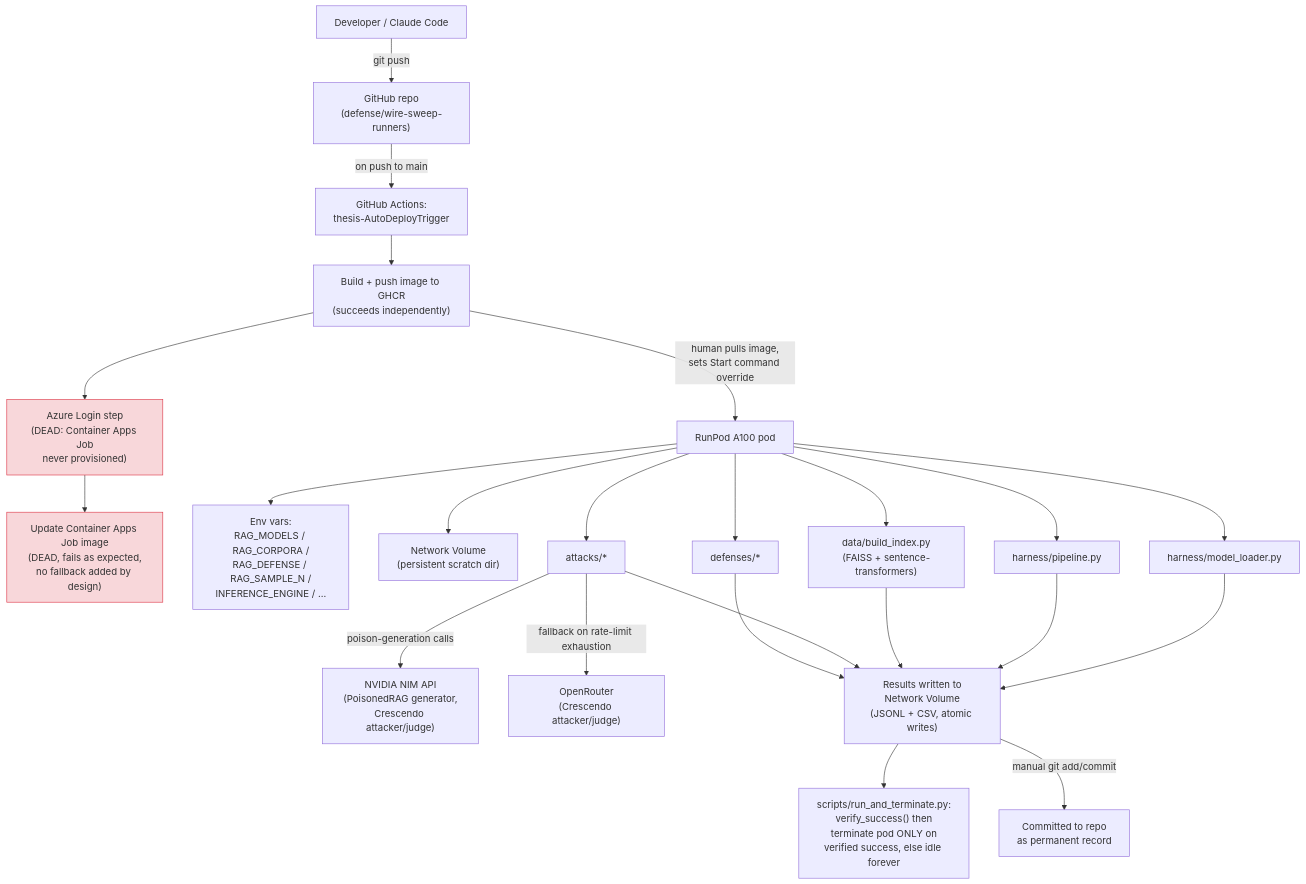
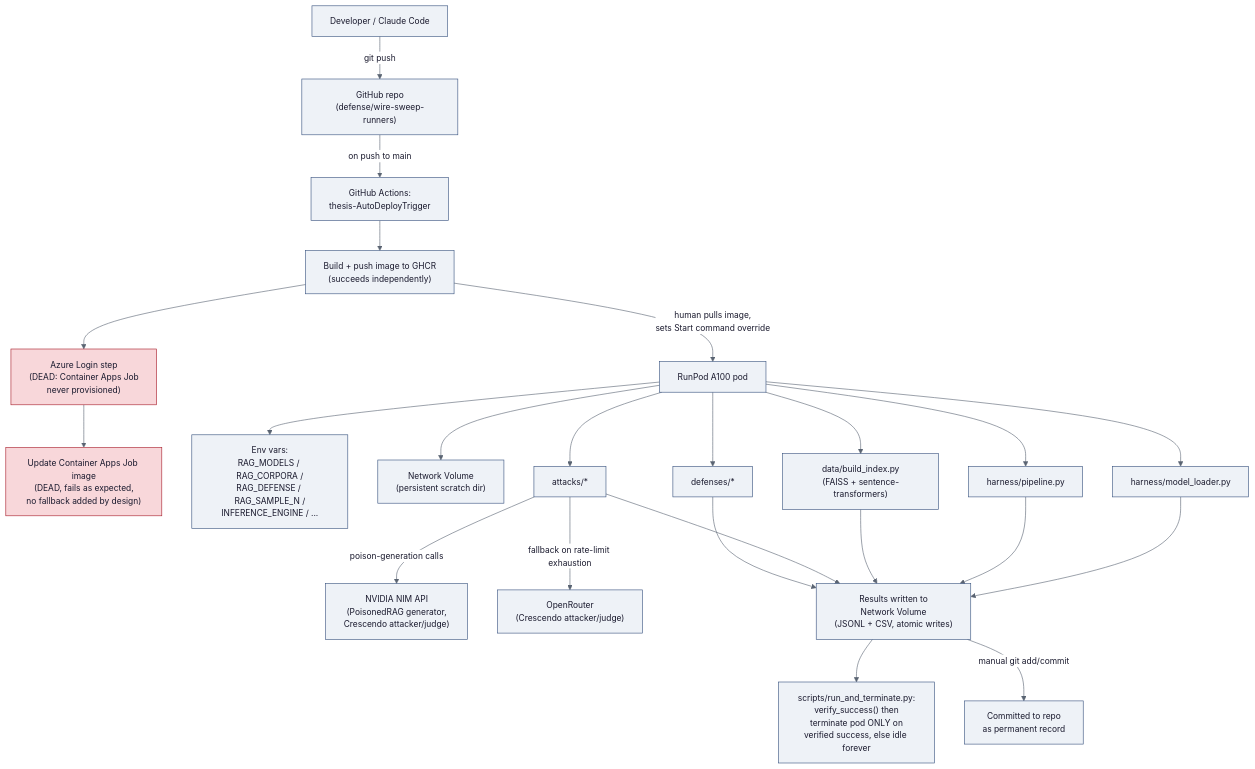
Before and after one commit to Simarjit1303/rag-adversarial-robustness: the second of 11 diagrams in docs/THESIS_ARCHITECTURE.md, drawn with Mermaid. The commit also changed other lines of this file, not shown here.

First line of the commit message:
Add explicit dark-mode-safe colors to all 11 THESIS_ARCHITECTURE.md diagrams

````diff
--- a/docs/THESIS_ARCHITECTURE.md
+++ b/docs/THESIS_ARCHITECTURE.md
@@ -78,33 +79,34 @@
 ```mermaid
+%%{init: {'theme':'base','themeVariables':{'primaryColor':'#eef2f7','primaryTextColor':'#1a1a2e','primaryBorderColor':'#37517e','lineColor':'#5a6472','secondaryColor':'#eef2f7','secondaryTextColor':'#1a1a2e','secondaryBorderColor':'#37517e','tertiaryColor':'#eef2f7','tertiaryTextColor':'#1a1a2e','tertiaryBorderColor':'#37517e','edgeLabelBackground':'#ffffff','clusterBkg':'#eef2f7','clusterBorder':'#37517e','titleColor':'#1a1a2e','textColor':'#1a1a2e','fontSize':'14px'}}}%%
 flowchart TD
     DEV["Developer / Claude Code"] -->|"git push"| REPO["GitHub repo<br/>(defense/wire-sweep-runners)"]
     REPO -->|"on push to main"| CI["GitHub Actions:<br/>thesis-AutoDeployTrigger"]
     CI --> BUILD["Build + push image to GHCR<br/>(succeeds independently)"]
     BUILD --> AZLOGIN["Azure Login step<br/>(DEAD: Container Apps Job<br/>never provisioned)"]
     AZLOGIN --> AZUPDATE["Update Container Apps Job image<br/>(DEAD, fails as expected,<br/>no fallback added by design)"]
 
     BUILD -->|"human pulls image,<br/>sets Start command override"| POD["RunPod A100 pod"]
     POD --> ENVVARS["Env vars:<br/>RAG_MODELS / RAG_CORPORA /<br/>RAG_DEFENSE / RAG_SAMPLE_N /<br/>INFERENCE_ENGINE / ..."]
     POD --> VOL["Network Volume<br/>(persistent scratch dir)"]
 
     POD --> ML["harness/model_loader.py"]
     POD --> PIPE["harness/pipeline.py"]
     POD --> IDX["data/build_index.py<br/>(FAISS + sentence-transformers)"]
     POD --> ATK["attacks/*"]
     POD --> DEF["defenses/*"]
 
     ATK -->|"poison-generation calls"| NIM["NVIDIA NIM API<br/>(PoisonedRAG generator,<br/>Crescendo attacker/judge)"]
     ATK -->|"fallback on rate-limit exhaustion"| OR["OpenRouter<br/>(Crescendo attacker/judge)"]
 
     ML --> RESULTS["Results written to<br/>Network Volume<br/>(JSONL + CSV, atomic writes)"]
     PIPE --> RESULTS
     IDX --> RESULTS
     ATK --> RESULTS
     DEF --> RESULTS
 
     RESULTS --> WATCHER["scripts/run_and_terminate.py:<br/>verify_success() then<br/>terminate pod ONLY on<br/>verified success, else idle forever"]
     RESULTS -->|"manual git add/commit"| GITRECORD["Committed to repo<br/>as permanent record"]
 
-    classDef dead fill:#f8d7da,stroke:#dc3545
+    classDef dead fill:#f8d7da,stroke:#a71d2a,color:#1a1a2e
     class AZLOGIN,AZUPDATE dead
 ```
````
